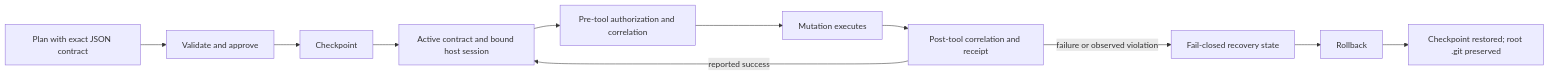
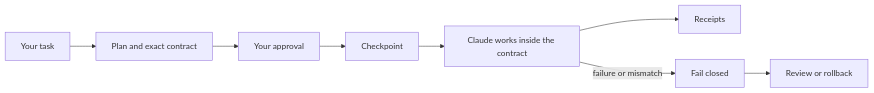
Before and after one commit to iannellomarco/taskfence: the diagram in README.md, drawn with Mermaid. The commit also changed other lines of this file and 34 other files, not shown here.

````diff
--- a/README.md
+++ b/README.md
@@ -40,13 +92,10 @@
 ```mermaid
 flowchart LR
-  A[Plan with exact JSON contract] --> B[Validate and approve]
-  B --> C[Checkpoint]
-  C --> D[Active contract and bound host session]
-  D --> E[Pre-tool authorization and correlation]
-  E --> F[Mutation executes]
-  F --> G[Post-tool correlation and receipt]
-  G -->|reported success| D
-  G -->|failure or observed violation| H[Fail-closed recovery state]
-  H --> I[Rollback]
-  I --> J[Checkpoint restored; root .git preserved]
+  A[Your task] --> B[Plan and exact contract]
+  B --> C[Your approval]
+  C --> D[Checkpoint]
+  D --> E[Claude works inside the contract]
+  E --> F[Receipts]
+  E -->|failure or mismatch| G[Fail closed]
+  G --> H[Review or rollback]
 ```
````
